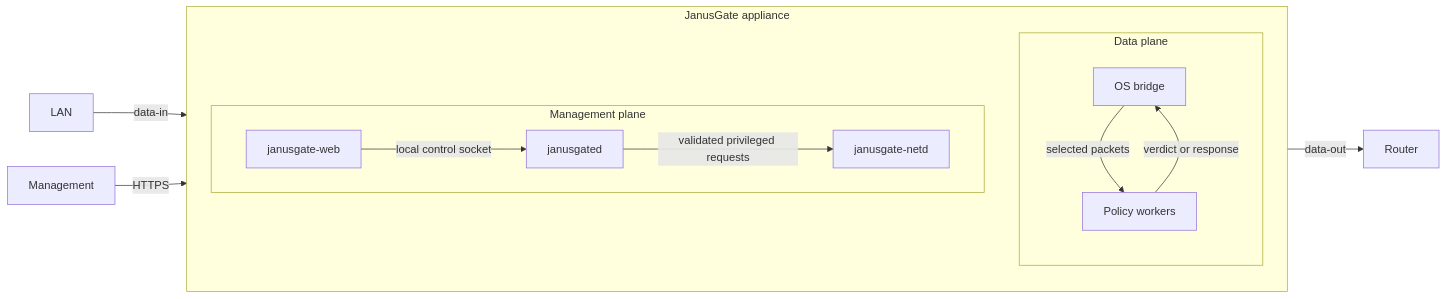
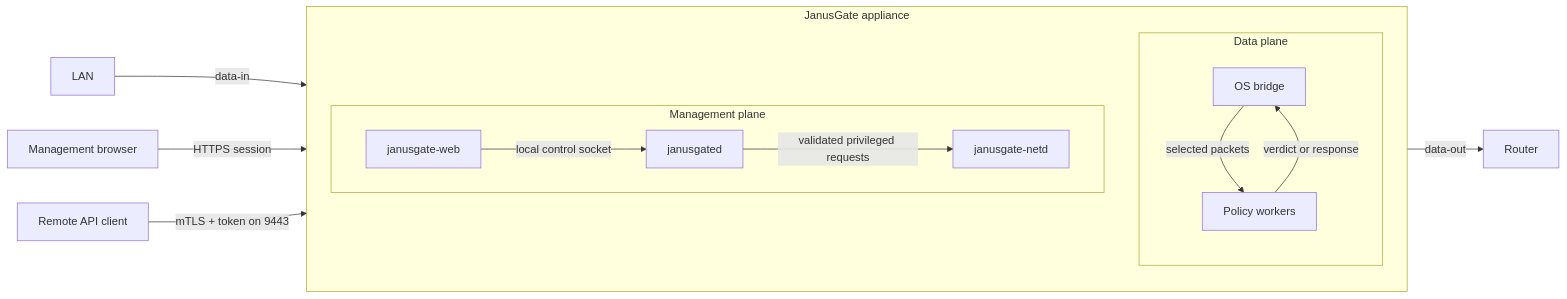
One commit to marcofortina/JanusGate changed the diagram in docs/architecture.md. Above: the diagram before and after it, drawn with Mermaid. The commit also changed other lines of this file and 11 other files, not shown here.

Commit message:
docs: explain remote mTLS administration

````diff
--- a/docs/architecture.md
+++ b/docs/architecture.md
@@ -14,33 +14,35 @@
 ```mermaid
 flowchart LR
     lan[LAN]
     router[Router]
-    management[Management]
+    browser[Management browser]
+    automation[Remote API client]
 
     subgraph janusgate[JanusGate appliance]
         direction TB
 
         subgraph data_plane[Data plane]
             direction TB
             bridge[OS bridge]
             workers[Policy workers]
 
             bridge -->|selected packets| workers
             workers -->|verdict or response| bridge
         end
 
         subgraph management_plane[Management plane]
             direction LR
             web[janusgate-web]
             daemon[janusgated]
             netd[janusgate-netd]
 
             web -->|local control socket| daemon
             daemon -->|validated privileged requests| netd
         end
     end
 
     lan -->|data-in| bridge
     bridge -->|data-out| router
-    management -->|HTTPS| web
+    browser -->|HTTPS session| web
+    automation -->|mTLS + token on 9443| web
 ```
````
